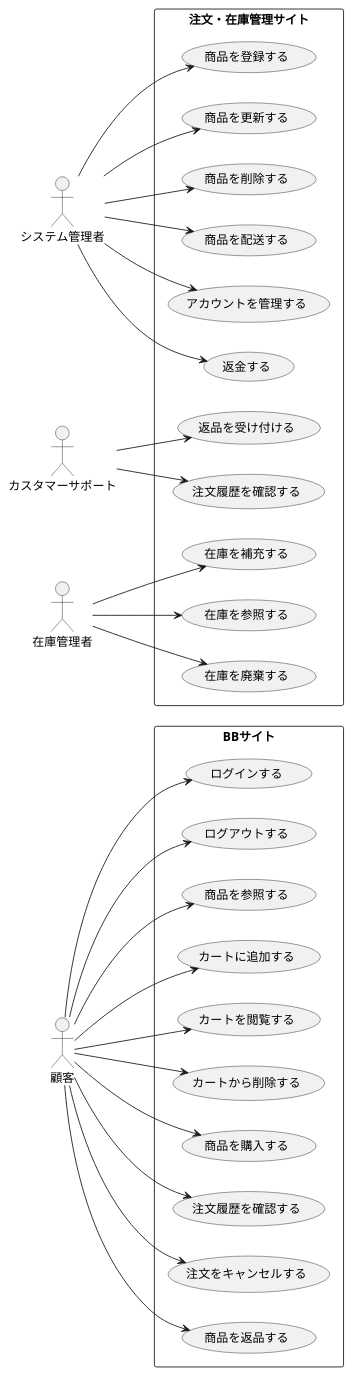
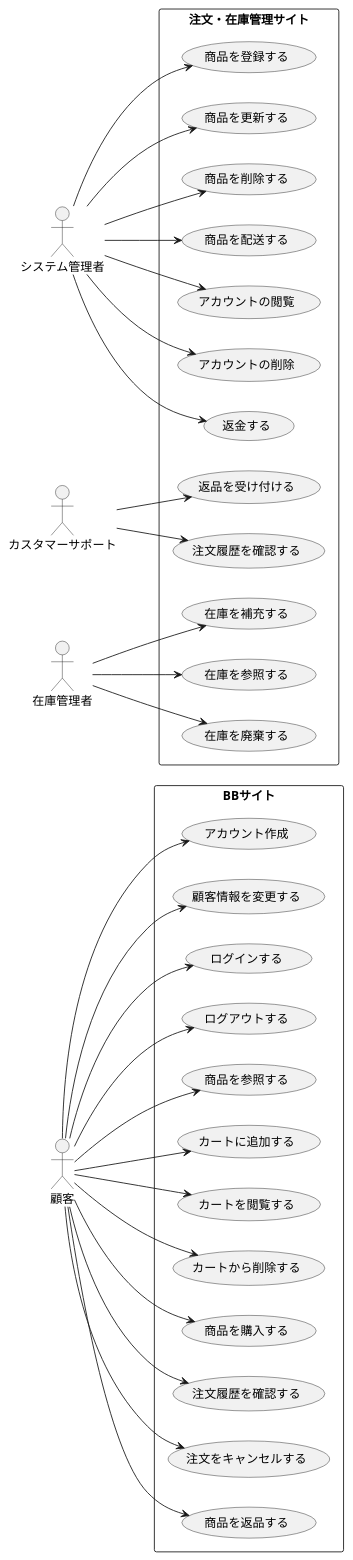
The diagram in BB/usecase_admin.pu (FujikawaHirono0520/group3_1_dogdog), drawn with PlantUML before and after one commit.

Commit message:
【追記】アカウント関連

```diff
--- a/BB/usecase_admin.pu
+++ b/BB/usecase_admin.pu
@@ -1,62 +1,68 @@
 @startuml BB注文管理システムユースケース図
 left to right direction
 actor 顧客 as U
 
 actor システム管理者 as M
 
 actor カスタマーサポート as CS
 
 actor 在庫管理者 as SM
 
 rectangle BBサイト {
-  usecase "ログインする" as UC1
-  usecase "ログアウトする" as UC2
-  usecase "商品を参照する" as UC3
-  usecase "カートに追加する" as UC4
-  usecase "カートを閲覧する" as UC5
-  usecase "カートから削除する" as UC6
-  usecase "商品を購入する" as UC7
-  usecase "注文履歴を確認する" as UC8
-  usecase "注文をキャンセルする" as UC9
-  usecase "商品を返品する" as UC10
+  usecase "アカウント作成" as UC1
+  usecase "顧客情報を変更する" as UC2
+  usecase "ログインする" as UC3
+  usecase "ログアウトする" as UC4
+  usecase "商品を参照する" as UC5
+  usecase "カートに追加する" as UC6
+  usecase "カートを閲覧する" as UC7
+  usecase "カートから削除する" as UC8
+  usecase "商品を購入する" as UC9
+  usecase "注文履歴を確認する" as UC10
+  usecase "注文をキャンセルする" as UC11
+  usecase "商品を返品する" as UC12
 }
 
 rectangle 注文・在庫管理サイト {
-  usecase "商品を登録する" as UC11
-  usecase "商品を更新する" as UC12
-  usecase "商品を削除する" as UC13
-  usecase "商品を配送する" as UC14
-  usecase "アカウントを管理する" as UC15
-  usecase "返金する" as UC16
-  usecase "返品を受け付ける" as UC17
-  usecase "注文履歴を確認する" as UC18
-  usecase "在庫を補充する" as UC19
-  usecase "在庫を参照する" as UC20
-  usecase "在庫を廃棄する" as UC21
+  usecase "商品を登録する" as UC13
+  usecase "商品を更新する" as UC14
+  usecase "商品を削除する" as UC15
+  usecase "商品を配送する" as UC16
+  usecase "アカウントの閲覧" as UC17
+  usecase "アカウントの削除" as UC18
+  usecase "返金する" as UC19
+  usecase "返品を受け付ける" as UC20
+  usecase "注文履歴を確認する" as UC21
+  usecase "在庫を補充する" as UC22
+  usecase "在庫を参照する" as UC23
+  usecase "在庫を廃棄する" as UC24
 }
 
 U --> UC1
 U --> UC2
 U --> UC3
 U --> UC4
 U --> UC5
 U --> UC6
 U --> UC7
 U --> UC8
 U --> UC9
 U --> UC10
+U --> UC11
+U --> UC12
 
-M --> UC11
-M --> UC12
 M --> UC13
 M --> UC14
 M --> UC15
 M --> UC16
+M --> UC17
+M --> UC18
+M --> UC19
 
-CS --> UC17
-CS --> UC18
+CS --> UC20
+CS --> UC21
 
-SM --> UC19
-SM --> UC20
-SM --> UC21
+SM --> UC22
+SM --> UC23
+SM --> UC24
 @enduml
```
